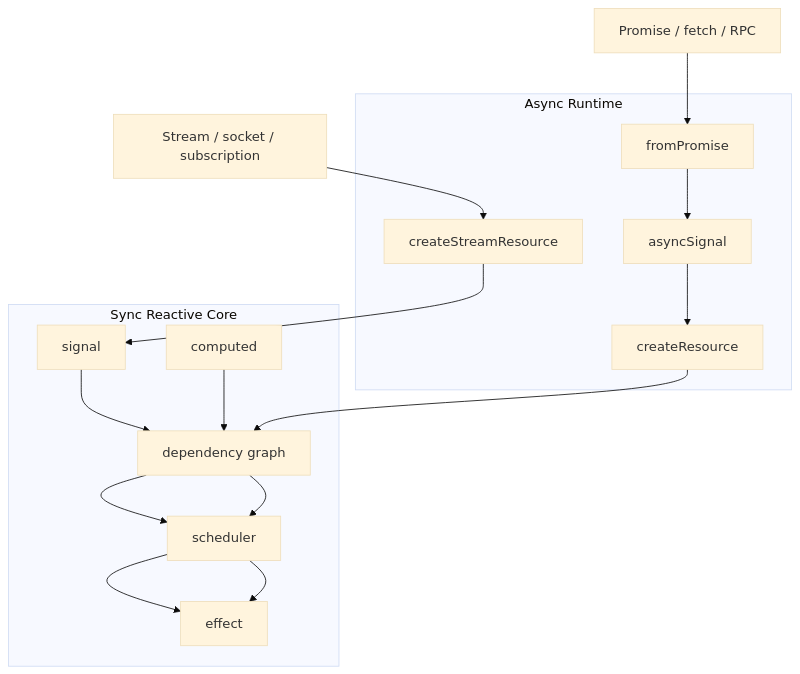
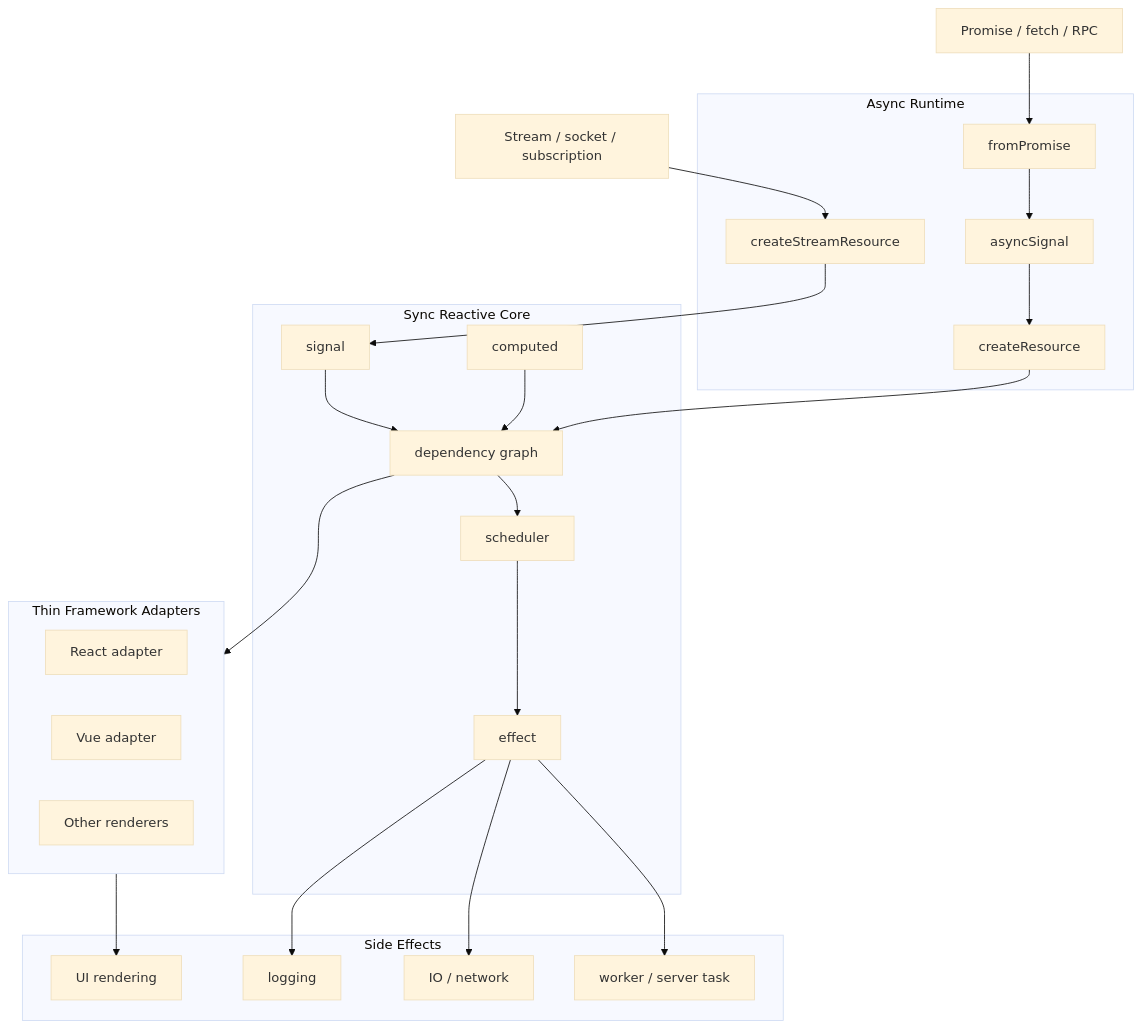
One commit to Luciano0322/signal-kernel changed the diagram in README.md. Above: the diagram before and after it, drawn with Mermaid (base theme). The commit also changed other lines of this file and 2 other files, not shown here.

````diff
--- a/README.md
+++ b/README.md
@@ -189,28 +219,49 @@
 ```mermaid
 flowchart TD
-
-    subgraph SYNC_CORE["Sync Reactive Core"]
+    subgraph CORE["Sync Reactive Core"]
         S[signal]
         C[computed]
         E[effect]
         G[dependency graph]
         SCH[scheduler]
     end
 
-    subgraph ASYNC_RUNTIME["Async Runtime"]
+    subgraph ASYNC["Async Runtime"]
         FP[fromPromise]
         AS[asyncSignal]
         RES[createResource]
         STR[createStreamResource]
+    end
+
+    subgraph ADAPTERS["Thin Framework Adapters"]
+        R[React adapter]
+        V[Vue adapter]
+        O[Other renderers]
+    end
+
+    subgraph EFFECTS["Side Effects"]
+        UI[UI rendering]
+        LOG[logging]
+        IO[IO / network]
+        WORKER[worker / server task]
     end
 
     P[Promise / fetch / RPC] --> FP
     ST[Stream / socket / subscription] --> STR
 
     FP --> AS --> RES
     STR --> S
 
-    S --> G --> SCH --> E
-    C --> G --> SCH --> E
+    S --> G
+    C --> G
     RES --> G
+    G --> SCH
+    SCH --> E
+
+    E --> LOG
+    E --> IO
+    E --> WORKER
+
+    G --> ADAPTERS
+    ADAPTERS --> UI
 ```
````
